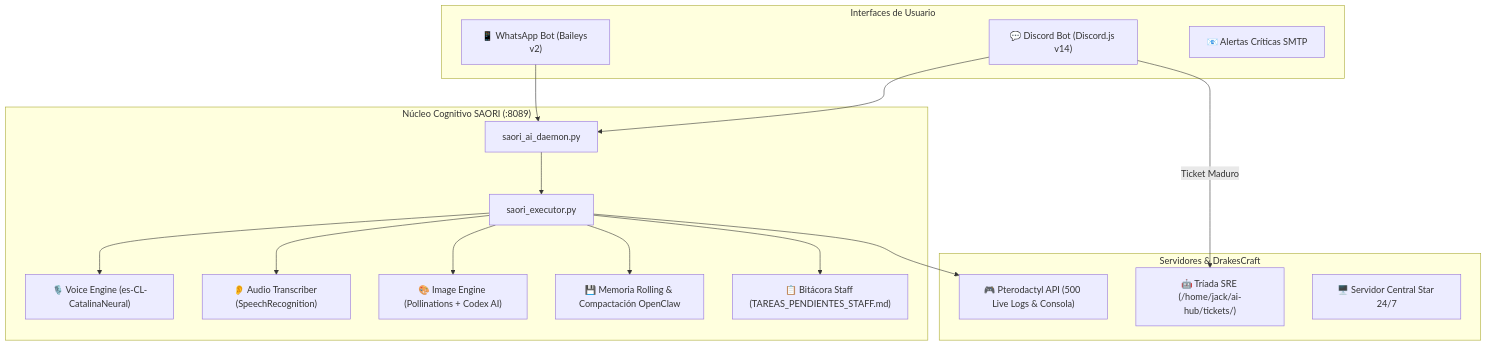
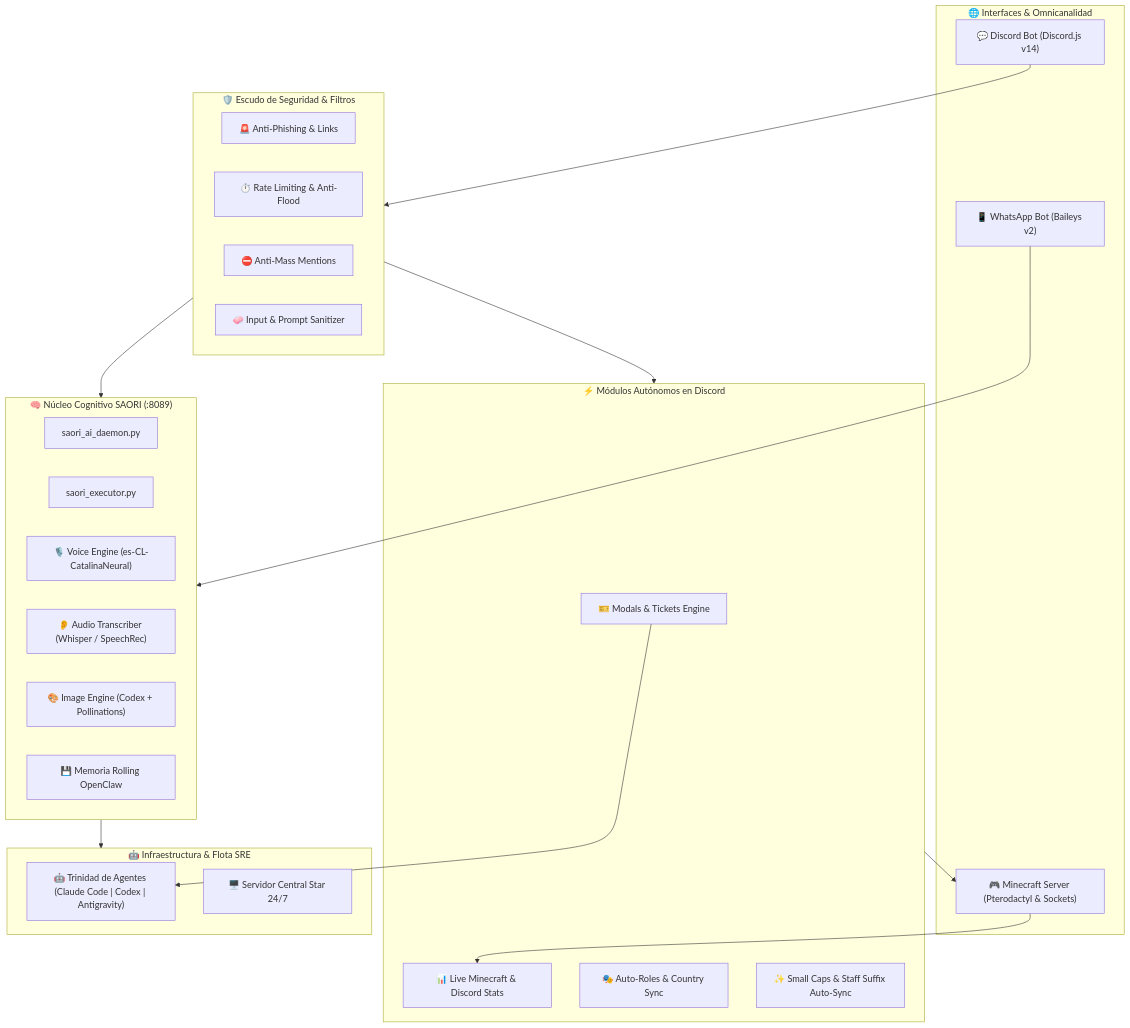
The diagram in README.md (JackStar6677-1/saori), drawn with Mermaid before and after one commit. The commit also changed other lines of this file, not shown here.

Commit message:
docs: update comprehensive architecture guide for SAORI v3.0 and v4.0

````diff
--- a/README.md
+++ b/README.md
@@ -35,35 +74,45 @@
 ```mermaid
 graph TD
-    subgraph Canales ["Interfaces de Usuario"]
+    subgraph Interfaces ["🌐 Interfaces & Omnicanalidad"]
         WA["📱 WhatsApp Bot (Baileys v2)"]
         DC["💬 Discord Bot (Discord.js v14)"]
-        Mail["📧 Alertas Críticas SMTP"]
+        MC["🎮 Minecraft Server (Pterodactyl & Sockets)"]
     end
 
-    subgraph Cerebro ["Núcleo Cognitivo SAORI (:8089)"]
+    subgraph Seguridad ["🛡️ Escudo de Seguridad & Filtros"]
+        Phish["🚨 Anti-Phishing & Links"]
+        Flood["⏱️ Rate Limiting & Anti-Flood"]
+        Raid["⛔ Anti-Mass Mentions"]
+        Sanitize["🧼 Input & Prompt Sanitizer"]
+    end
+
+    subgraph Cerebro ["🧠 Núcleo Cognitivo SAORI (:8089)"]
         Daemon["saori_ai_daemon.py"]
         Executor["saori_executor.py"]
         TTS["🎙️ Voice Engine (es-CL-CatalinaNeural)"]
-        STT["👂 Audio Transcriber (SpeechRecognition)"]
-        IMG["🎨 Image Engine (Pollinations + Codex AI)"]
-        Mem["💾 Memoria Rolling & Compactación OpenClaw"]
-        Tasks["📋 Bitácora Staff (TAREAS_PENDIENTES_STAFF.md)"]
+        STT["👂 Audio Transcriber (Whisper / SpeechRec)"]
+        IMG["🎨 Image Engine (Codex + Pollinations)"]
+        Mem["💾 Memoria Rolling OpenClaw"]
     end
 
-    subgraph Infraestructura ["Servidores & DrakesCraft"]
-        Ptero["🎮 Pterodactyl API (500 Live Logs & Consola)"]
-        Triad["🤖 Tríada SRE (/home/jack/ai-hub/tickets/)"]
+    subgraph Modulos ["⚡ Módulos Autónomos en Discord"]
+        Tickets["🎫 Modals & Tickets Engine"]
+        Stats["📊 Live Minecraft & Discord Stats"]
+        Roles["🎭 Auto-Roles & Country Sync"]
+        StaffMod["✨ Small Caps & Staff Suffix Auto-Sync"]
+    end
+
+    subgraph SRE ["🤖 Infraestructura & Flota SRE"]
+        Triad["🤖 Trinidad de Agentes (Claude Code | Codex | Antigravity)"]
         StarHost["🖥️ Servidor Central Star 24/7"]
     end
 
-    WA --> Daemon
-    DC --> Daemon
-    Daemon --> Executor
-    Executor --> Ptero
-    Executor --> Mem
-    Executor --> Tasks
-    Executor --> TTS
-    Executor --> STT
-    Executor --> IMG
-    DC -- "Ticket Maduro" --> Triad
+    DC --> Seguridad
+    WA --> Cerebro
+    Seguridad --> Cerebro
+    Seguridad --> Modulos
+    Cerebro --> SRE
+    Modulos --> MC
+    MC --> Stats
+    Tickets --> Triad
 ```
````
